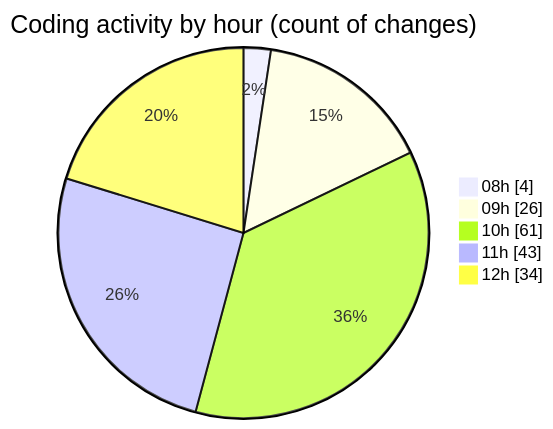
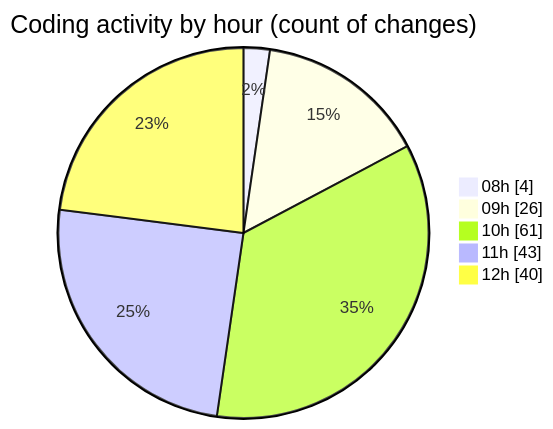
The second of 2 diagrams in 2026-02-19/bot_v1_2/README.md (becaeroporto-bot/code-tracking), drawn with Mermaid before and after one commit. The commit also changed other lines of this file and 1 other file, not shown here.

````diff
--- a/2026-02-19/bot_v1_2/README.md
+++ b/2026-02-19/bot_v1_2/README.md
@@ -37,9 +37,9 @@
 ```mermaid
 pie showData
 title Coding activity by hour (count of changes)
 "08h" : 4
 "09h" : 26
 "10h" : 61
 "11h" : 43
-"12h" : 34
+"12h" : 40
 ```
````
